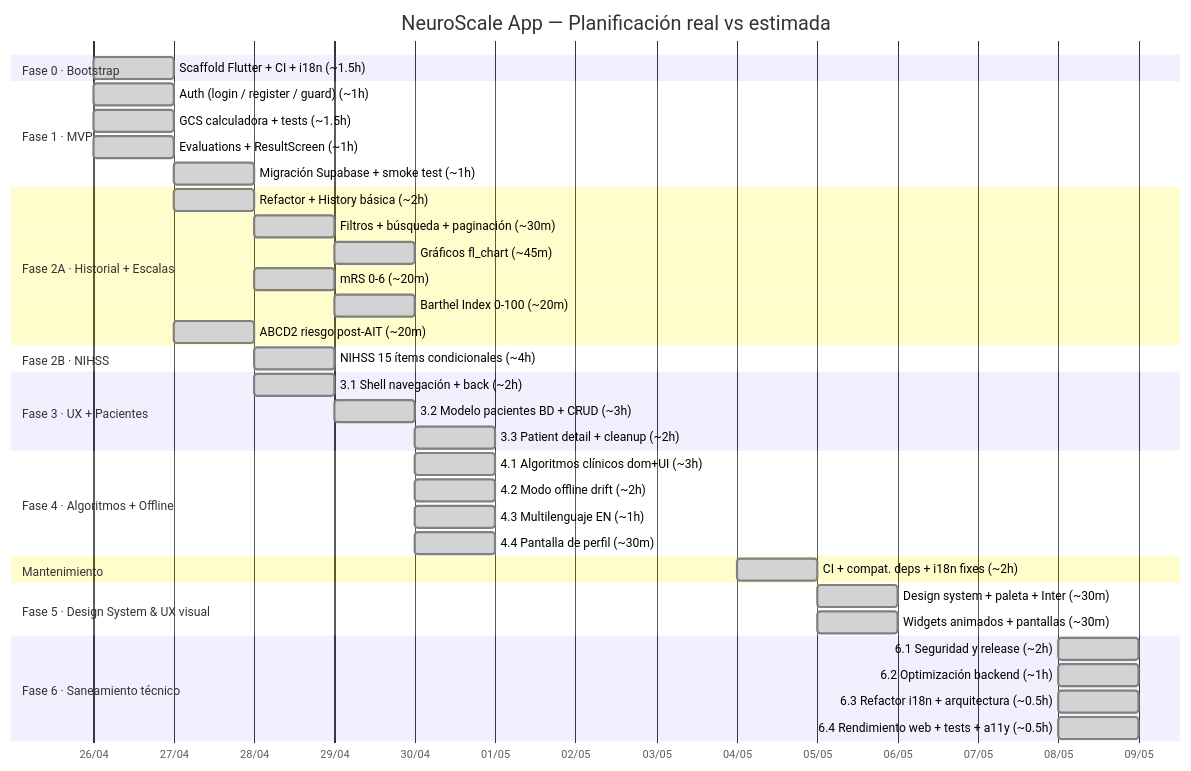
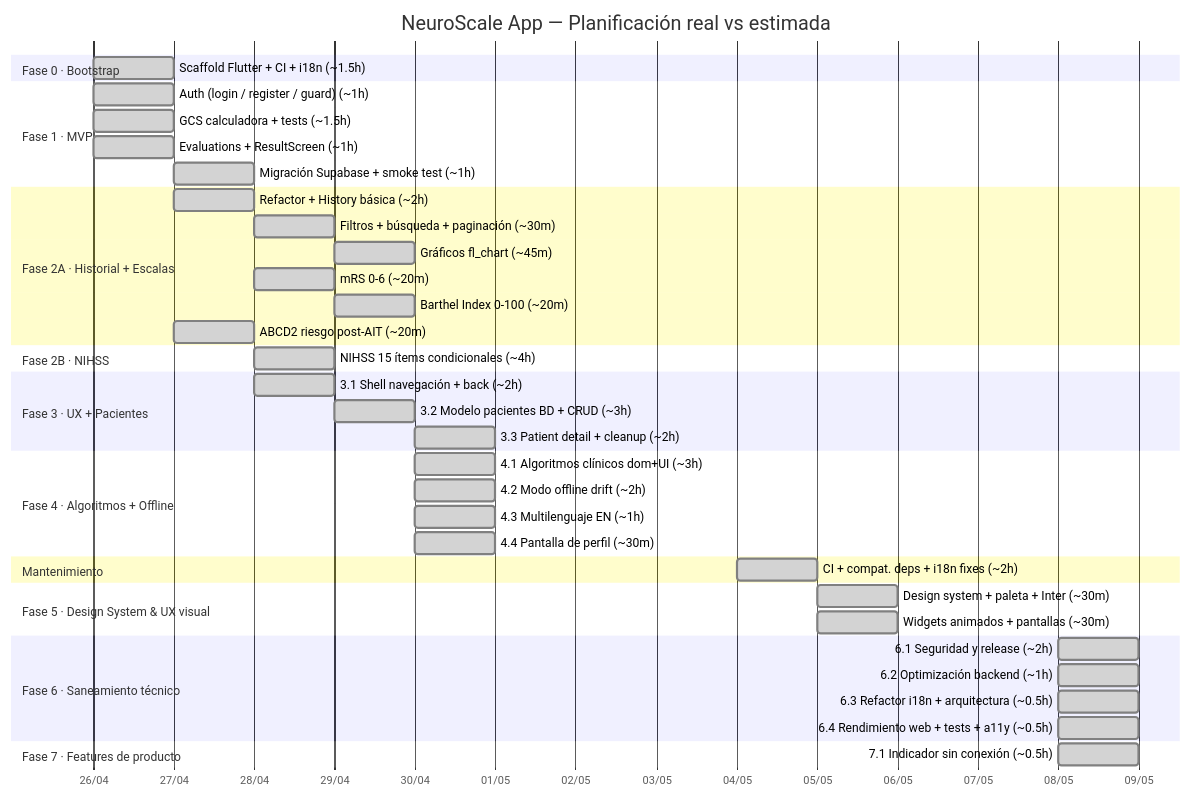
The diagram in README.md (grisllo/NeuroScaleApp), drawn with Mermaid before and after one commit. The commit also changed 2 other files, not shown here.

Commit message:
chore(phase): cierre subfase 7.1 — docs y métricas
- flutter analyze 0 issues, flutter test 187 tests pasando
- ROADMAP: subfase 7.1 marcada completada (2026-05-08)
- METODOLOGIA: ~0,5h real (estimado ~2h, −75%)
- README Gantt: sección Fase 7 iniciada
- Total acumulado: ~50,0h
- Issue #19 cerrado

Closes #19

````diff
--- a/README.md
+++ b/README.md
@@ -13,50 +13,53 @@
 ```mermaid
 gantt
     title NeuroScale App — Planificación real vs estimada
     dateFormat  YYYY-MM-DD
     axisFormat  %d/%m
 
     section Fase 0 · Bootstrap
     Scaffold Flutter + CI + i18n (~1.5h)      :done, f0,   2026-04-26, 1d
 
     section Fase 1 · MVP
     Auth (login / register / guard) (~1h)     :done, f1a,  2026-04-26, 1d
     GCS calculadora + tests (~1.5h)           :done, f1b,  2026-04-26, 1d
     Evaluations + ResultScreen (~1h)          :done, f1c,  2026-04-26, 1d
     Migración Supabase + smoke test (~1h)     :done, f1d,  2026-04-27, 1d
 
     section Fase 2A · Historial + Escalas
     Refactor + History básica (~2h)           :done, f2a1, 2026-04-27, 1d
     Filtros + búsqueda + paginación (~30m)    :done, f2a2, after f2a1, 1d
     Gráficos fl_chart (~45m)                  :done, f2a3, after f2a2, 1d
     mRS 0-6 (~20m)                            :done, f2a4, after f2a1, 1d
     Barthel Index 0-100 (~20m)                :done, f2a5, after f2a4, 1d
     ABCD2 riesgo post-AIT (~20m)              :done, f2a6, 2026-04-27, 1d
 
     section Fase 2B · NIHSS
     NIHSS 15 ítems condicionales (~4h)        :done, f2b,  2026-04-28, 1d
 
     section Fase 3 · UX + Pacientes
     3.1 Shell navegación + back (~2h)         :done, f3a,  2026-04-28, 1d
     3.2 Modelo pacientes BD + CRUD (~3h)      :done, f3b,  2026-04-29, 1d
     3.3 Patient detail + cleanup (~2h)        :done, f3c,  2026-04-30, 1d
 
     section Fase 4 · Algoritmos + Offline
     4.1 Algoritmos clínicos dom+UI (~3h)      :done, f4a,  2026-04-30, 1d
     4.2 Modo offline drift (~2h)              :done, f4b,  2026-04-30, 1d
     4.3 Multilenguaje EN (~1h)                :done, f4c,  2026-04-30, 1d
     4.4 Pantalla de perfil (~30m)             :done, f4d,  2026-04-30, 1d
 
     section Mantenimiento
     CI + compat. deps + i18n fixes (~2h)      :done, mnt,  2026-05-04, 1d
 
     section Fase 5 · Design System & UX visual
     Design system + paleta + Inter (~30m)     :done, f5a,  2026-05-05, 1d
     Widgets animados + pantallas (~30m)       :done, f5b,  2026-05-05, 1d
 
     section Fase 6 · Saneamiento técnico
     6.1 Seguridad y release (~2h)             :done, f6a,  2026-05-08, 1d
     6.2 Optimización backend (~1h)            :done, f6b,  2026-05-08, 1d
     6.3 Refactor i18n + arquitectura (~0.5h)  :done, f6c,  2026-05-08, 1d
     6.4 Rendimiento web + tests + a11y (~0.5h):done, f6d,  2026-05-08, 1d
+
+    section Fase 7 · Features de producto
+    7.1 Indicador sin conexión (~0.5h)        :done, f7a,  2026-05-08, 1d
 ```
````
